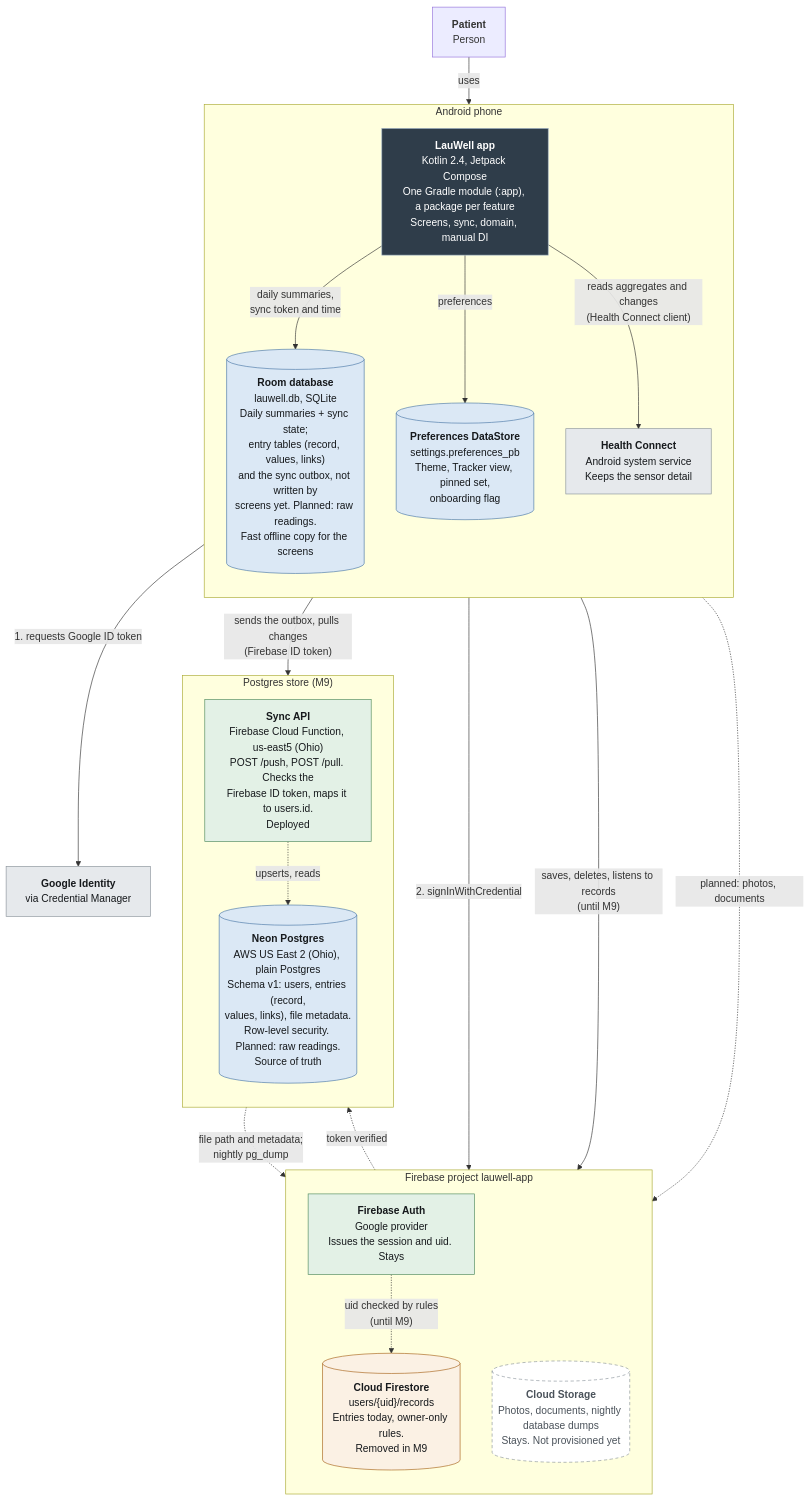
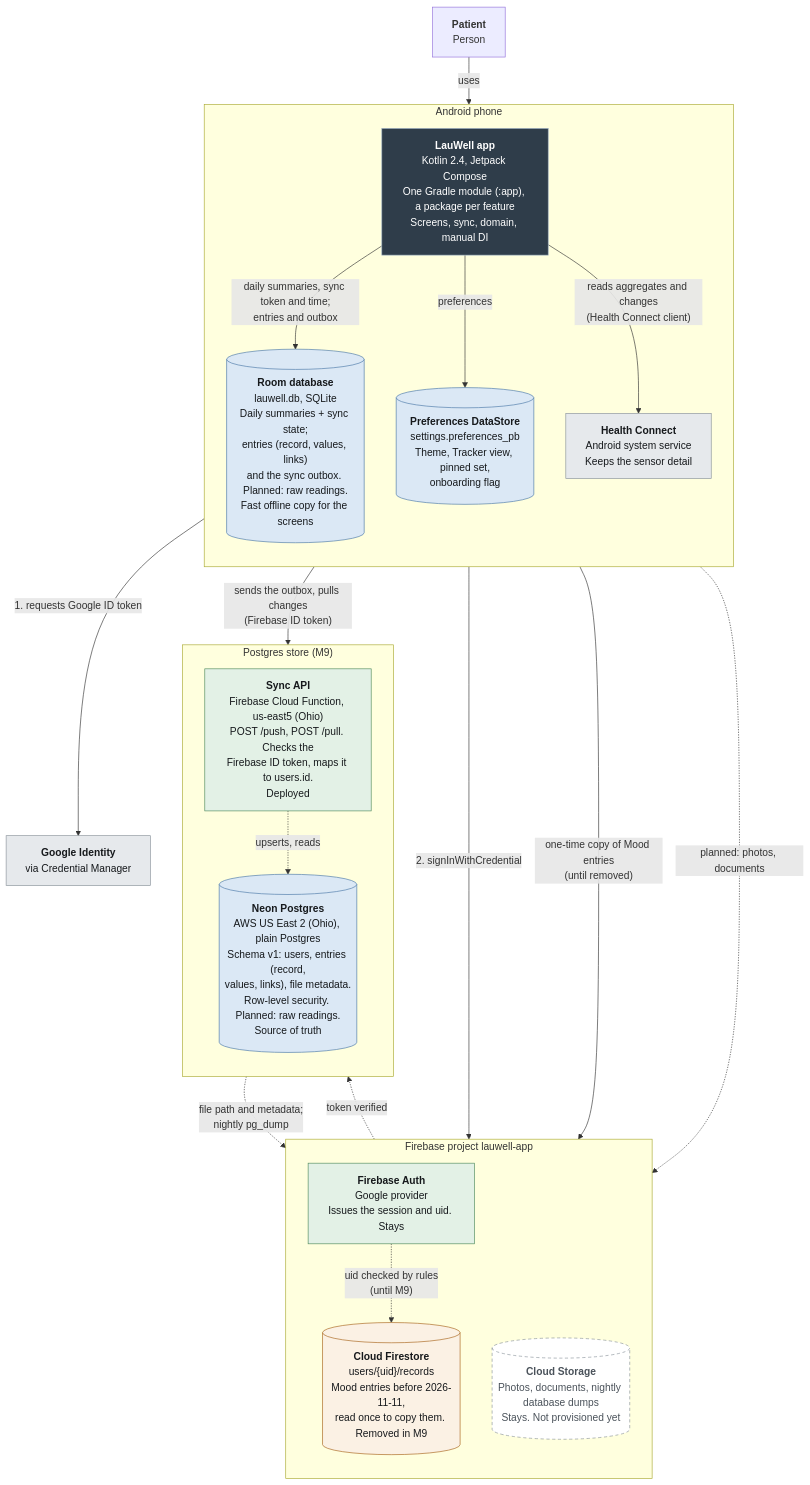
One commit to Laul/LauWell changed the diagram in docs/architecture/c4/c4-2-containers.mmd. Above: the diagram before and after it, drawn with Mermaid. The commit also changed 9 other files, not shown here.

First line of the commit message:
[data] Mood on Room, synced to Postgres; one-time copy of the Firestore entries

```diff
--- a/docs/architecture/c4/c4-2-containers.mmd
+++ b/docs/architecture/c4/c4-2-containers.mmd
@@ -1,48 +1,48 @@
 %% C4 level 2 - Containers. Solid = built, dashed = planned, amber = built and being removed (M9).
 %% Updated 2026-11-11: Neon provisioned with schema v1; the sync API deployed (backend/api) and called by EntrySync.
 flowchart TB
   classDef app fill:#2f3d4a,stroke:#9fb2c4,color:#ffffff
   classDef store fill:#dbe8f5,stroke:#4b78a8,color:#16191C
   classDef cloud fill:#e3f1e6,stroke:#4f8a5c,color:#16191C
   classDef ext fill:#e6e9ec,stroke:#8a939b,color:#16191C
   classDef planned fill:#ffffff,stroke:#8a939b,color:#4a525a,stroke-dasharray:5 4
   classDef retiring fill:#fbf1e4,stroke:#a8641a,color:#16191C
 
   P["<b>Patient</b><br/>Person"]
 
   subgraph PHONE["Android phone"]
     direction TB
     APP["<b>LauWell app</b><br/>Kotlin 2.4, Jetpack Compose<br/>One Gradle module (:app), a package per feature<br/>Screens, sync, domain, manual DI"]:::app
-    ROOM[("<b>Room database</b><br/>lauwell.db, SQLite<br/>Daily summaries + sync state;<br/>entry tables (record, values, links)<br/>and the sync outbox, not written by<br/>screens yet. Planned: raw readings.<br/>Fast offline copy for the screens")]:::store
+    ROOM[("<b>Room database</b><br/>lauwell.db, SQLite<br/>Daily summaries + sync state;<br/>entries (record, values, links)<br/>and the sync outbox. Planned: raw readings.<br/>Fast offline copy for the screens")]:::store
     DS[("<b>Preferences DataStore</b><br/>settings.preferences_pb<br/>Theme, Tracker view, pinned set,<br/>onboarding flag")]:::store
     HC["<b>Health Connect</b><br/>Android system service<br/>Keeps the sensor detail"]:::ext
   end
 
   subgraph FIREBASE["Firebase project lauwell-app"]
     direction TB
     AUTH["<b>Firebase Auth</b><br/>Google provider<br/>Issues the session and uid. Stays"]:::cloud
     ST[("<b>Cloud Storage</b><br/>Photos, documents, nightly database dumps<br/>Stays. Not provisioned yet")]:::planned
-    FS[("<b>Cloud Firestore</b><br/>users/{uid}/records<br/>Entries today, owner-only rules.<br/>Removed in M9")]:::retiring
+    FS[("<b>Cloud Firestore</b><br/>users/{uid}/records<br/>Mood entries before 2026-11-11,<br/>read once to copy them. Removed in M9")]:::retiring
   end
 
   subgraph STORE["Postgres store (M9)"]
     direction TB
     API["<b>Sync API</b><br/>Firebase Cloud Function, us-east5 (Ohio)<br/>POST /push, POST /pull. Checks the<br/>Firebase ID token, maps it to users.id.<br/>Deployed"]:::cloud
     PG[("<b>Neon Postgres</b><br/>AWS US East 2 (Ohio), plain Postgres<br/>Schema v1: users, entries (record,<br/>values, links), file metadata.<br/>Row-level security. Planned: raw readings.<br/>Source of truth")]:::store
   end
 
   GI["<b>Google Identity</b><br/>via Credential Manager"]:::ext
 
   P -->|"uses"| APP
-  APP -->|"daily summaries,<br/>sync token and time"| ROOM
+  APP -->|"daily summaries, sync token and time;<br/>entries and outbox"| ROOM
   APP -->|"preferences"| DS
   APP -->|"reads aggregates and changes<br/>(Health Connect client)"| HC
   APP -->|"1. requests Google ID token"| GI
   APP -->|"2. signInWithCredential"| AUTH
-  APP -->|"saves, deletes, listens to records<br/>(until M9)"| FS
+  APP -->|"one-time copy of Mood entries<br/>(until removed)"| FS
   AUTH -.->|"uid checked by rules<br/>(until M9)"| FS
   APP -->|"sends the outbox, pulls changes<br/>(Firebase ID token)"| API
   AUTH -.->|"token verified"| API
   API -.->|"upserts, reads"| PG
   APP -.->|"planned: photos, documents"| ST
   PG -.->|"file path and metadata;<br/>nightly pg_dump"| ST
```
